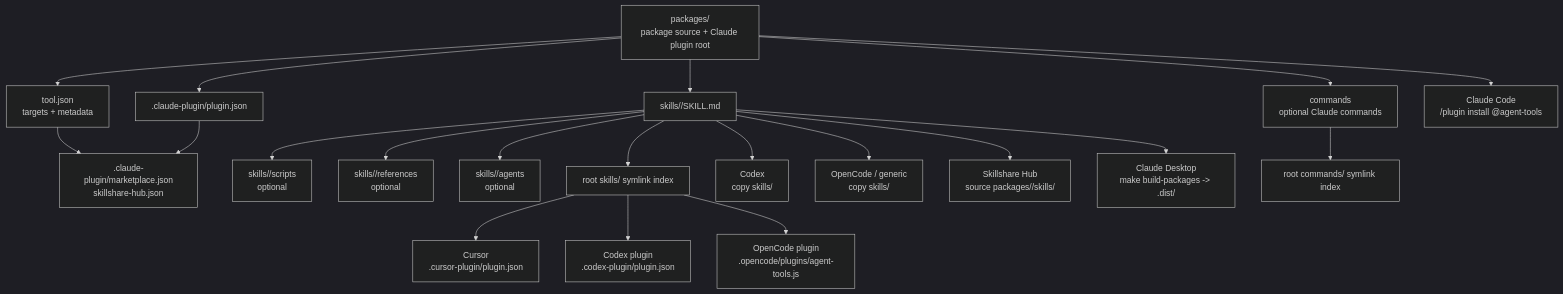
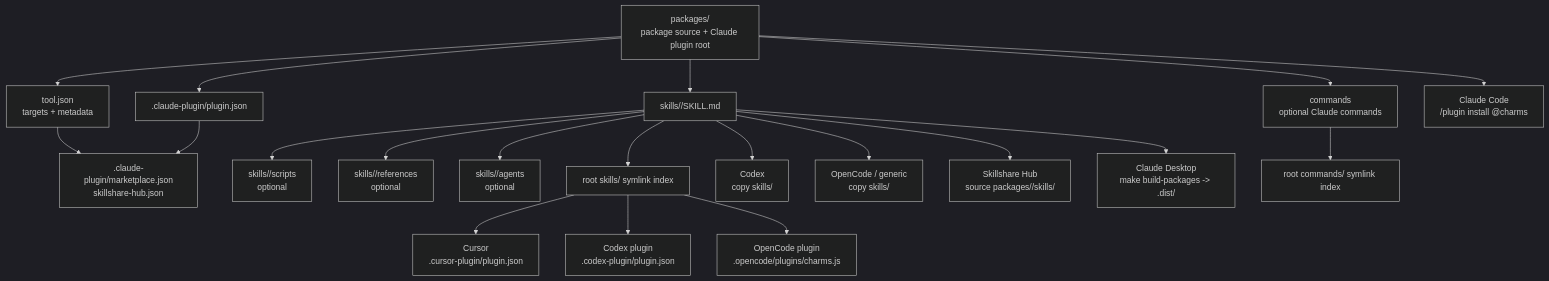
The diagram in docs/distribution-targets.md (heyNag/agent-tools), drawn with Mermaid (dark theme) before and after one commit. The commit also changed 50 other files, not shown here.

First line of the commit message:
Rename public identity from agent-tools to Charms

````diff
--- a/docs/distribution-targets.md
+++ b/docs/distribution-targets.md
@@ -8,23 +8,23 @@
 ```mermaid
 flowchart TD
   P["packages/<name><br/>package source + Claude plugin root"] --> T["tool.json<br/>targets + metadata"]
   P --> C[".claude-plugin/plugin.json"]
   P --> S["skills/<name>/SKILL.md"]
   S --> H["skills/<name>/scripts<br/>optional"]
   S --> R["skills/<name>/references<br/>optional"]
   S --> A["skills/<name>/agents<br/>optional"]
   P --> CMD["commands<br/>optional Claude commands"]
   S --> RSI["root skills/ symlink index"]
   CMD --> RCI["root commands/ symlink index"]
 
-  P --> CC["Claude Code<br/>/plugin install <name>@agent-tools"]
+  P --> CC["Claude Code<br/>/plugin install <name>@charms"]
   RSI --> CUR["Cursor<br/>.cursor-plugin/plugin.json"]
   RSI --> CXPLUG["Codex plugin<br/>.codex-plugin/plugin.json"]
-  RSI --> OCPLUG["OpenCode plugin<br/>.opencode/plugins/agent-tools.js"]
+  RSI --> OCPLUG["OpenCode plugin<br/>.opencode/plugins/charms.js"]
   S --> CX["Codex<br/>copy skills/<name>"]
   S --> OC["OpenCode / generic<br/>copy skills/<name>"]
   S --> SH["Skillshare Hub<br/>source packages/<name>/skills/<name>"]
   S --> DIST["Claude Desktop<br/>make build-packages -> .dist/"]
   T --> IDX[".claude-plugin/marketplace.json<br/>skillshare-hub.json"]
   C --> IDX
 ```
````
